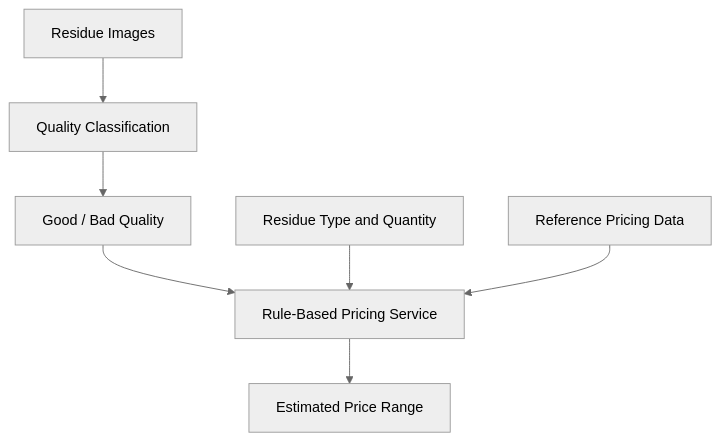
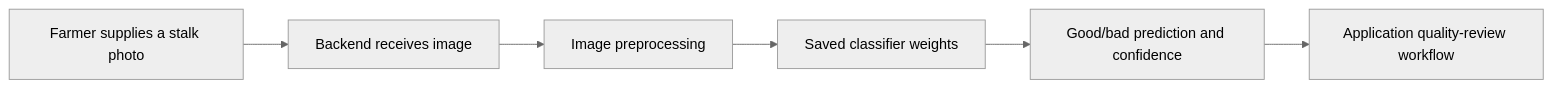
One commit to akirachix/techelle-technical-documentation changed the second of 2 diagrams in docs/ai/index.md. Above: the diagram before and after it, drawn with Mermaid (neutral theme). The commit also changed other lines of this file and 1 other file, not shown here.

````diff
--- a/docs/ai/index.md
+++ b/docs/ai/index.md
@@ -464,17 +191,8 @@
 ```mermaid
-flowchart TD
-    A["Residue Images"]
-    B["Quality Classification"]
-    C["Good / Bad Quality"]
-    D["Residue Type and Quantity"]
-    E["Reference Pricing Data"]
-    F["Rule-Based Pricing Service"]
-    G["Estimated Price Range"]
-
-    A --> B
-    B --> C
-    C --> F
-    D --> F
-    E --> F
-    F --> G
+flowchart LR
+    A[Farmer supplies a stalk photo] --> B[Backend receives image]
+    B --> C[Image preprocessing]
+    C --> D[Saved classifier weights]
+    D --> E[Good/bad prediction and confidence]
+    E --> F[Application quality-review workflow]
 ```
````
